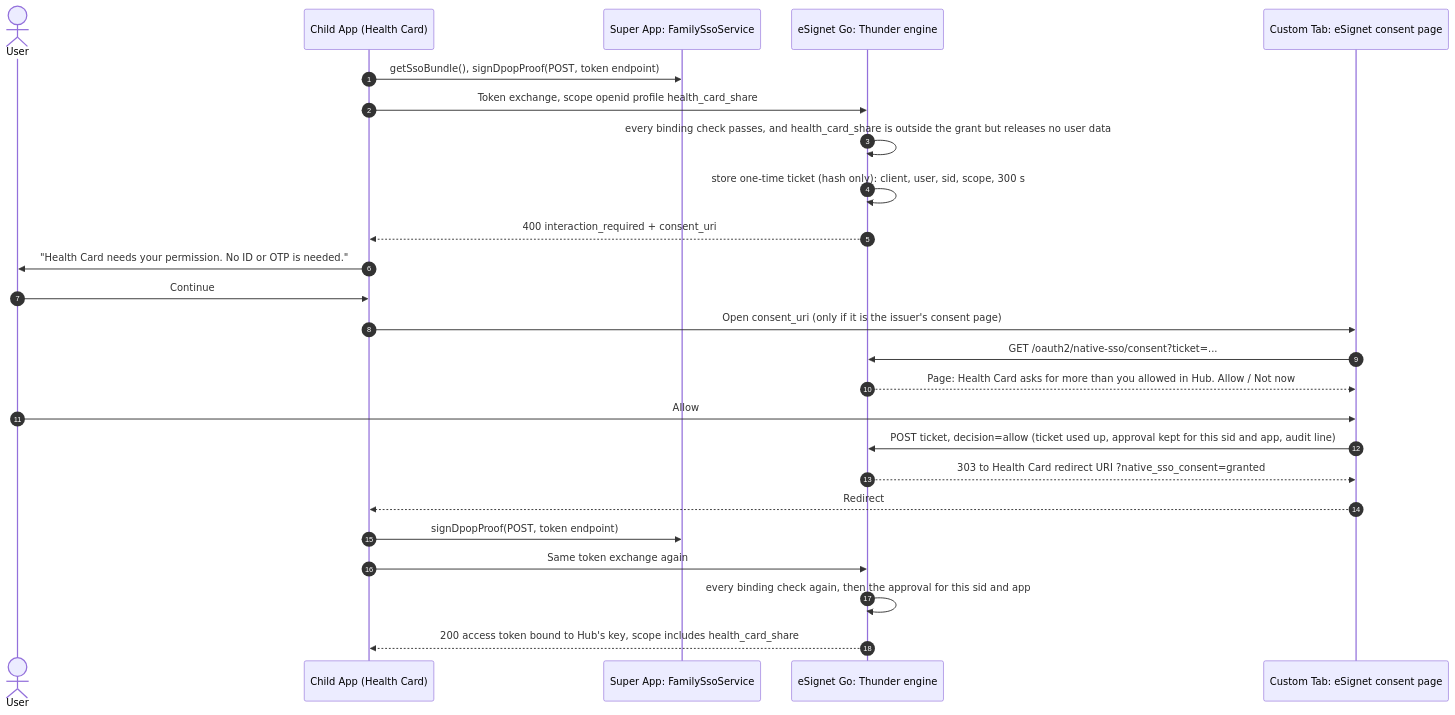
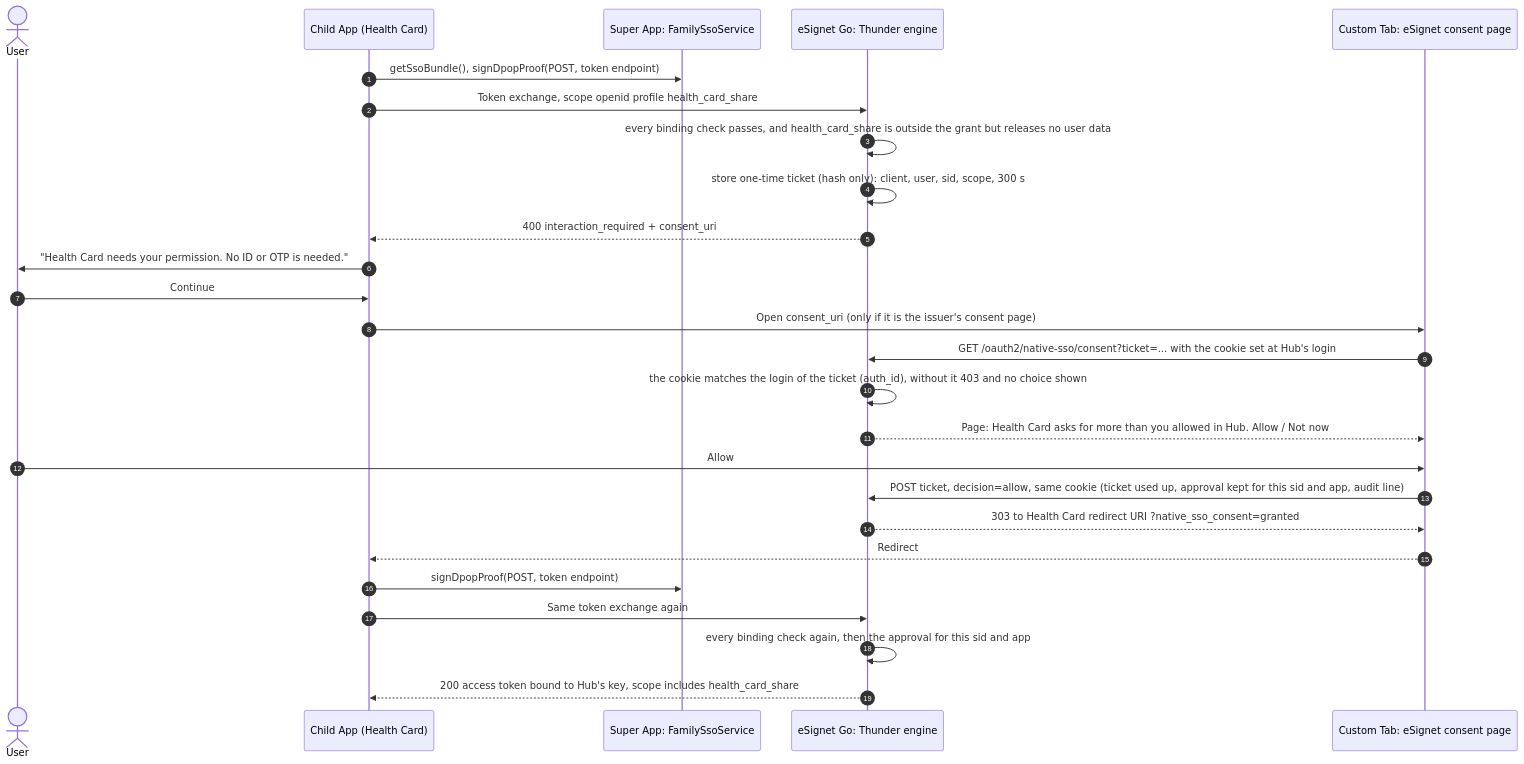
One commit to Paradox-73/Enable_Native_SSO_in_eSignet_Go_for_Mobile_Apps changed the diagram in docs/diagrams/seq-consent-only.mmd. Above: the diagram before and after it, drawn with Mermaid. The commit also changed 28 other files, not shown here.

```diff
--- a/docs/diagrams/seq-consent-only.mmd
+++ b/docs/diagrams/seq-consent-only.mmd
@@ -1,26 +1,27 @@
 sequenceDiagram
   autonumber
   actor U as User
   participant C as Child App (Health Card)
   participant H as Super App: FamilySsoService
   participant T as eSignet Go: Thunder engine
   participant B as Custom Tab: eSignet consent page
 
   C->>H: getSsoBundle(), signDpopProof(POST, token endpoint)
   C->>T: Token exchange, scope openid profile health_card_share
   T->>T: every binding check passes, and health_card_share is outside the grant but releases no user data
   T->>T: store one-time ticket (hash only): client, user, sid, scope, 300 s
   T-->>C: 400 interaction_required + consent_uri
   C->>U: "Health Card needs your permission. No ID or OTP is needed."
   U->>C: Continue
   C->>B: Open consent_uri (only if it is the issuer's consent page)
-  B->>T: GET /oauth2/native-sso/consent?ticket=...
+  B->>T: GET /oauth2/native-sso/consent?ticket=... with the cookie set at Hub's login
+  T->>T: the cookie matches the login of the ticket (auth_id), without it 403 and no choice shown
   T-->>B: Page: Health Card asks for more than you allowed in Hub. Allow / Not now
   U->>B: Allow
-  B->>T: POST ticket, decision=allow (ticket used up, approval kept for this sid and app, audit line)
+  B->>T: POST ticket, decision=allow, same cookie (ticket used up, approval kept for this sid and app, audit line)
   T-->>B: 303 to Health Card redirect URI ?native_sso_consent=granted
   B-->>C: Redirect
   C->>H: signDpopProof(POST, token endpoint)
   C->>T: Same token exchange again
   T->>T: every binding check again, then the approval for this sid and app
   T-->>C: 200 access token bound to Hub's key, scope includes health_card_share
```
